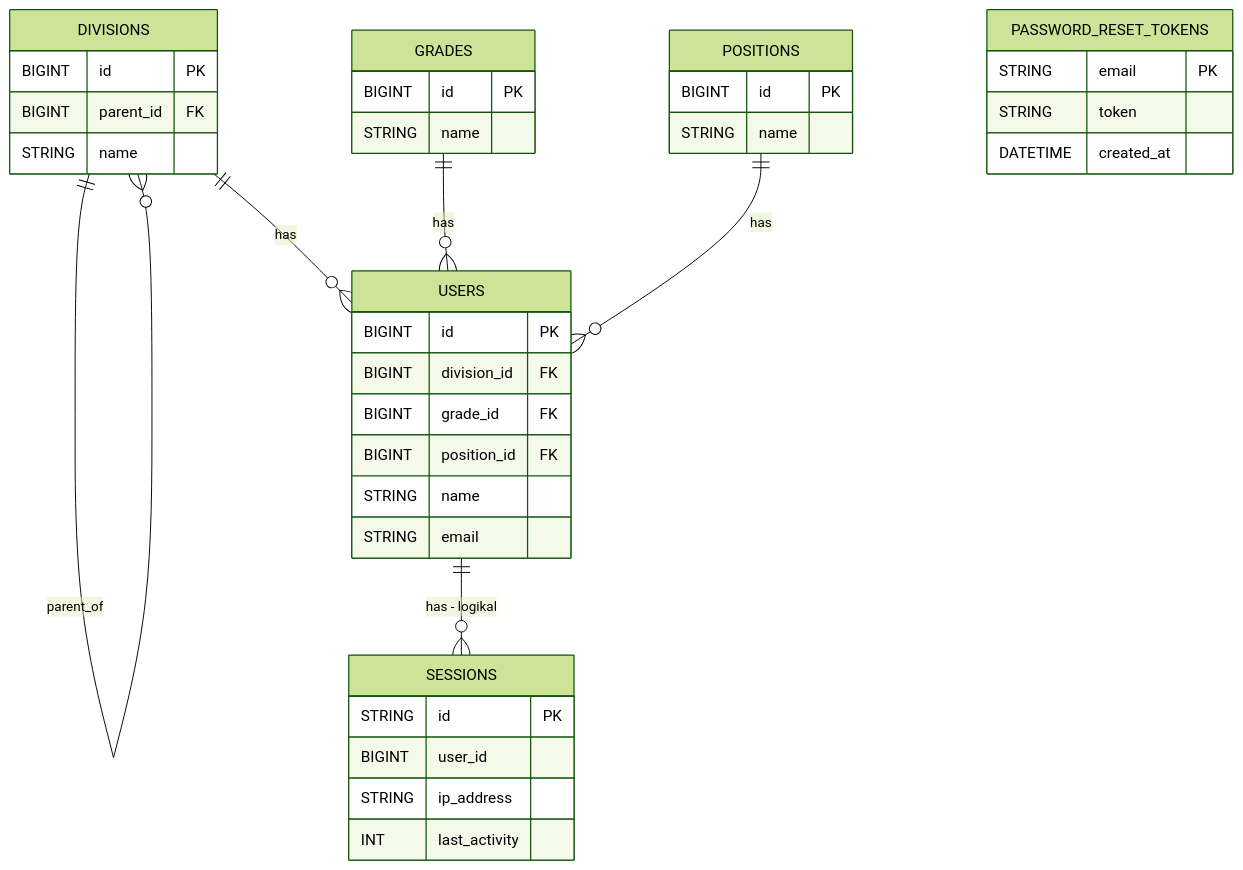
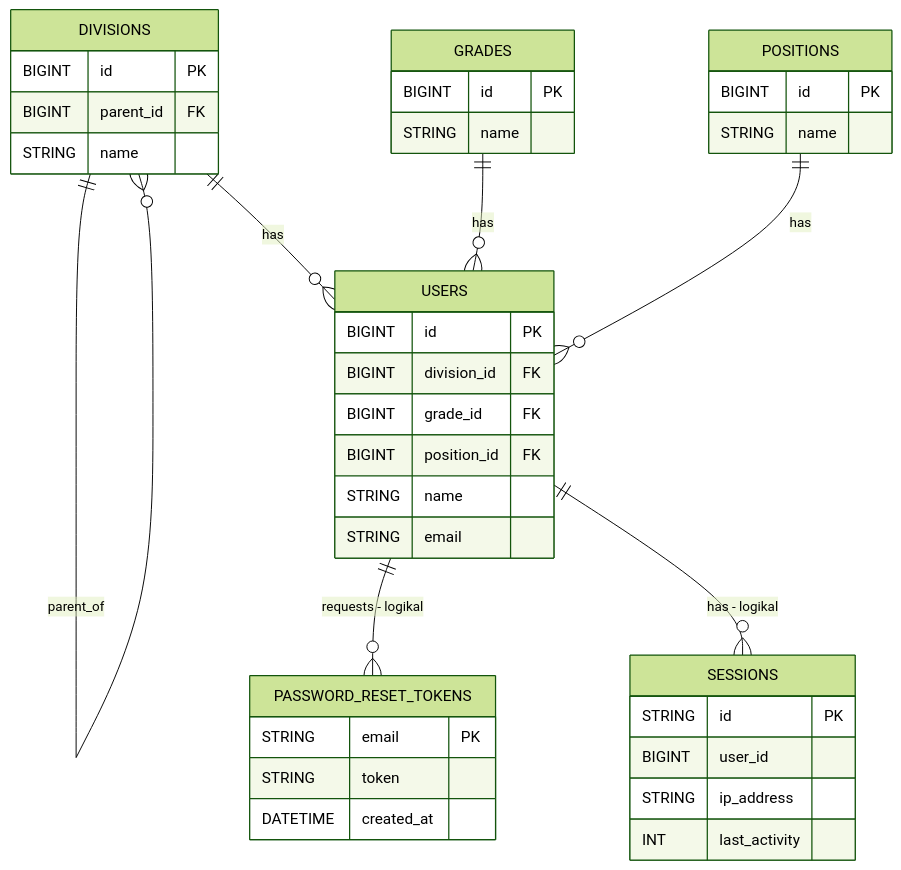
Before and after one commit to IzzatFirdaus/ictserve-031125: the first of 7 diagrams in ERD_DIAGRAMS.md, drawn with Mermaid (forest theme). The commit also changed other lines of this file and 45 other files, not shown here.

First line of the commit message:
docs: add comprehensive system diagrams (DFD, ERD, workflows, swimlanes)

````diff
--- a/ERD_DIAGRAMS.md
+++ b/ERD_DIAGRAMS.md
@@ -16,47 +16,48 @@
 ```mermaid
 erDiagram
   DIVISIONS {
     BIGINT id PK
     BIGINT parent_id FK
     STRING name
   }
 
   GRADES {
     BIGINT id PK
     STRING name
   }
 
   POSITIONS {
     BIGINT id PK
     STRING name
   }
 
   USERS {
     BIGINT id PK
     BIGINT division_id FK
     BIGINT grade_id FK
     BIGINT position_id FK
     STRING name
     STRING email
   }
 
   PASSWORD_RESET_TOKENS {
     STRING email PK
     STRING token
     DATETIME created_at
   }
 
   SESSIONS {
     STRING id PK
     BIGINT user_id
     STRING ip_address
     INT last_activity
   }
 
   DIVISIONS ||--o{ DIVISIONS : "parent_of"
   DIVISIONS ||--o{ USERS : "has"
   GRADES ||--o{ USERS : "has"
   POSITIONS ||--o{ USERS : "has"
 
+  USERS ||--o{ PASSWORD_RESET_TOKENS : "requests - logikal"
   USERS ||--o{ SESSIONS : "has - logikal"
 ```
````
